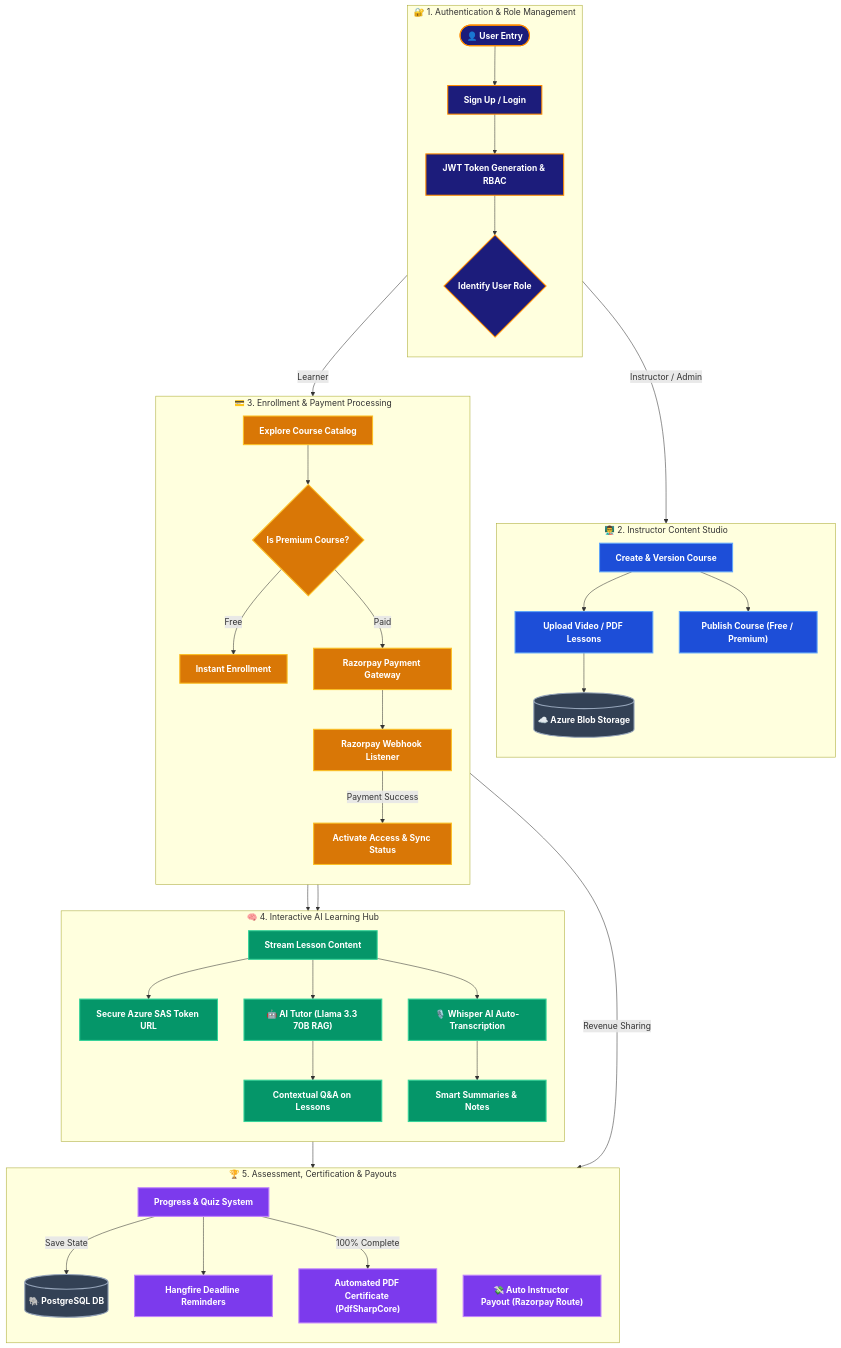
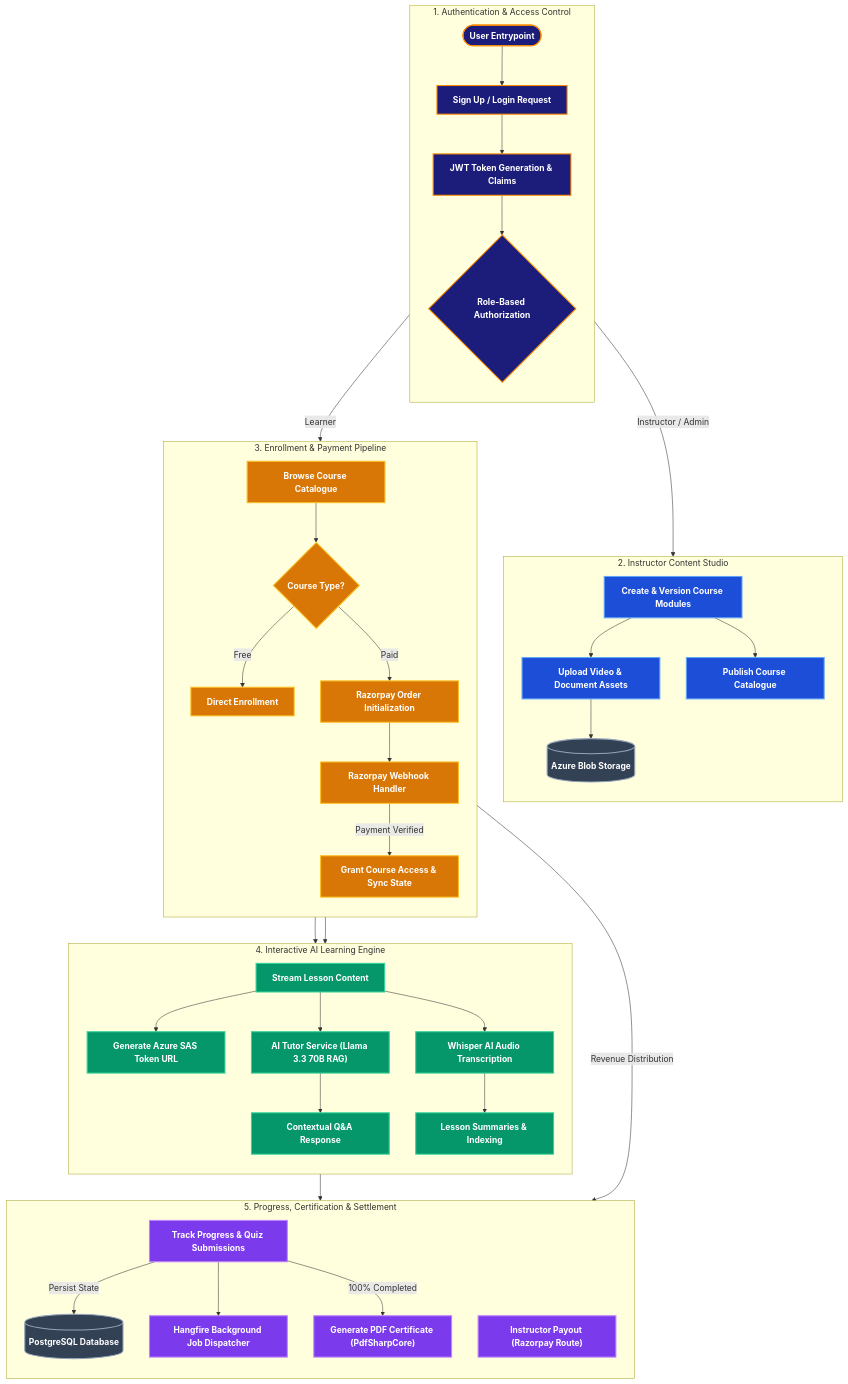
One commit to vigneshwaranbalamurugan/Learning-Management-System changed the diagram in README.md. Above: the diagram before and after it, drawn with Mermaid. The commit also changed other lines of this file, not shown here.

````diff
--- a/README.md
+++ b/README.md
@@ -70,66 +70,66 @@
 ```mermaid
 flowchart TB
     %% Subgraph 1: User Onboarding & Auth
-    subgraph SG_Auth["🔐 1. Authentication & Role Management"]
+    subgraph SG_Auth["1. Authentication & Access Control"]
         direction TB
-        User(["👤 User Entry"]) --> Reg["Sign Up / Login"]
-        Reg --> JWT["JWT Token Generation & RBAC"]
-        JWT --> RoleCheck{"Identify User Role"}
+        User(["User Entrypoint"]) --> Reg["Sign Up / Login Request"]
+        Reg --> JWT["JWT Token Generation & Claims"]
+        JWT --> RoleCheck{"Role-Based Authorization"}
     end
 
     %% Subgraph 2: Instructor Workflow
-    subgraph SG_Instructor["👨‍🏫 2. Instructor Content Studio"]
+    subgraph SG_Instructor["2. Instructor Content Studio"]
         direction TB
-        RoleCheck -->|Instructor / Admin| CourseDraft["Create & Version Course"]
-        CourseDraft --> UploadMedia["Upload Video / PDF Lessons"]
-        UploadMedia --> AzureBlob[("☁️ Azure Blob Storage")]
-        CourseDraft --> Publish["Publish Course (Free / Premium)"]
+        RoleCheck -->|Instructor / Admin| CourseDraft["Create & Version Course Modules"]
+        CourseDraft --> UploadMedia["Upload Video & Document Assets"]
+        UploadMedia --> AzureBlob[("Azure Blob Storage")]
+        CourseDraft --> Publish["Publish Course Catalogue"]
     end
 
     %% Subgraph 3: Learner Catalog & Payments
-    subgraph SG_Payment["💳 3. Enrollment & Payment Processing"]
+    subgraph SG_Payment["3. Enrollment & Payment Pipeline"]
         direction TB
-        RoleCheck -->|Learner| Browse["Explore Course Catalog"]
-        Browse --> CheckType{"Is Premium Course?"}
-        CheckType -->|Free| DirectEnroll["Instant Enrollment"]
-        CheckType -->|Paid| Razorpay["Razorpay Payment Gateway"]
-        Razorpay --> Webhook["Razorpay Webhook Listener"]
-        Webhook -->|Payment Success| PaidEnroll["Activate Access & Sync Status"]
+        RoleCheck -->|Learner| Browse["Browse Course Catalogue"]
+        Browse --> CheckType{"Course Type?"}
+        CheckType -->|Free| DirectEnroll["Direct Enrollment"]
+        CheckType -->|Paid| Razorpay["Razorpay Order Initialization"]
+        Razorpay --> Webhook["Razorpay Webhook Handler"]
+        Webhook -->|Payment Verified| PaidEnroll["Grant Course Access & Sync State"]
     end
 
     %% Subgraph 4: AI-Powered Learning Hub
-    subgraph SG_Learning["🧠 4. Interactive AI Learning Hub"]
+    subgraph SG_Learning["4. Interactive AI Learning Engine"]
         direction TB
         DirectEnroll & PaidEnroll --> Stream["Stream Lesson Content"]
-        Stream --> SAS["Secure Azure SAS Token URL"]
-        Stream --> AITutor["🤖 AI Tutor (Llama 3.3 70B RAG)"]
-        Stream --> AIWhisper["🎙️ Whisper AI Auto-Transcription"]
-        AITutor --> ContextQA["Contextual Q&A on Lessons"]
-        AIWhisper --> SmartSummary["Smart Summaries & Notes"]
+        Stream --> SAS["Generate Azure SAS Token URL"]
+        Stream --> AITutor["AI Tutor Service (Llama 3.3 70B RAG)"]
+        Stream --> AIWhisper["Whisper AI Audio Transcription"]
+        AITutor --> ContextQA["Contextual Q&A Response"]
+        AIWhisper --> SmartSummary["Lesson Summaries & Indexing"]
     end
 
     %% Subgraph 5: Progress, Certs & Revenue Share
-    subgraph SG_Completion["🏆 5. Assessment, Certification & Payouts"]
+    subgraph SG_Completion["5. Progress, Certification & Settlement"]
         direction TB
-        Stream --> Track["Progress & Quiz System"]
-        Track -->|Save State| DB[("🐘 PostgreSQL DB")]
-        Track --> Reminders["Hangfire Deadline Reminders"]
-        Track -->|100% Complete| CertGen["Automated PDF Certificate (PdfSharpCore)"]
-        PaidEnroll -->|Revenue Sharing| Payouts["💸 Auto Instructor Payout (Razorpay Route)"]
+        Stream --> Track["Track Progress & Quiz Submissions"]
+        Track -->|Persist State| DB[("PostgreSQL Database")]
+        Track --> Reminders["Hangfire Background Job Dispatcher"]
+        Track -->|100% Completed| CertGen["Generate PDF Certificate (PdfSharpCore)"]
+        PaidEnroll -->|Revenue Distribution| Payouts["Instructor Payout (Razorpay Route)"]
     end
 
     %% High-contrast explicit styling for maximum readability on Light & Dark themes
     classDef authStyle fill:#1C1C7B,color:#FFFFFF,stroke:#FF8C00,stroke-width:2px,font-weight:bold;
     classDef instructorStyle fill:#1D4ED8,color:#FFFFFF,stroke:#60A5FA,stroke-width:2px,font-weight:bold;
     classDef paymentStyle fill:#D97706,color:#FFFFFF,stroke:#FBBF24,stroke-width:2px,font-weight:bold;
     classDef aiStyle fill:#059669,color:#FFFFFF,stroke:#34D399,stroke-width:2px,font-weight:bold;
     classDef completeStyle fill:#7C3AED,color:#FFFFFF,stroke:#C084FC,stroke-width:2px,font-weight:bold;
     classDef dbStyle fill:#334155,color:#FFFFFF,stroke:#94A3B8,stroke-width:2px,font-weight:bold;
 
     class User,Reg,JWT,RoleCheck authStyle;
     class CourseDraft,UploadMedia,Publish instructorStyle;
     class Browse,CheckType,DirectEnroll,Razorpay,Webhook,PaidEnroll paymentStyle;
     class Stream,SAS,AITutor,AIWhisper,ContextQA,SmartSummary aiStyle;
     class Track,Reminders,CertGen,Payouts completeStyle;
     class AzureBlob,DB dbStyle;
 ```
````
